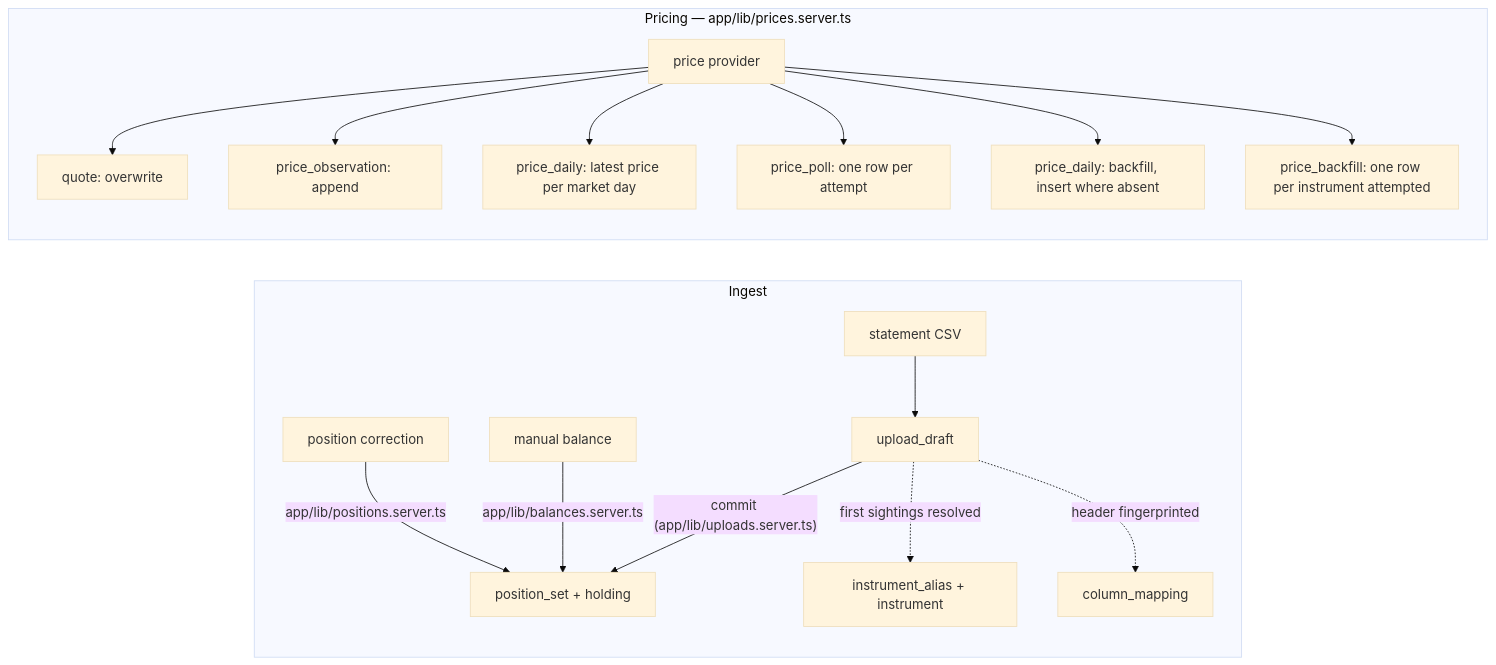
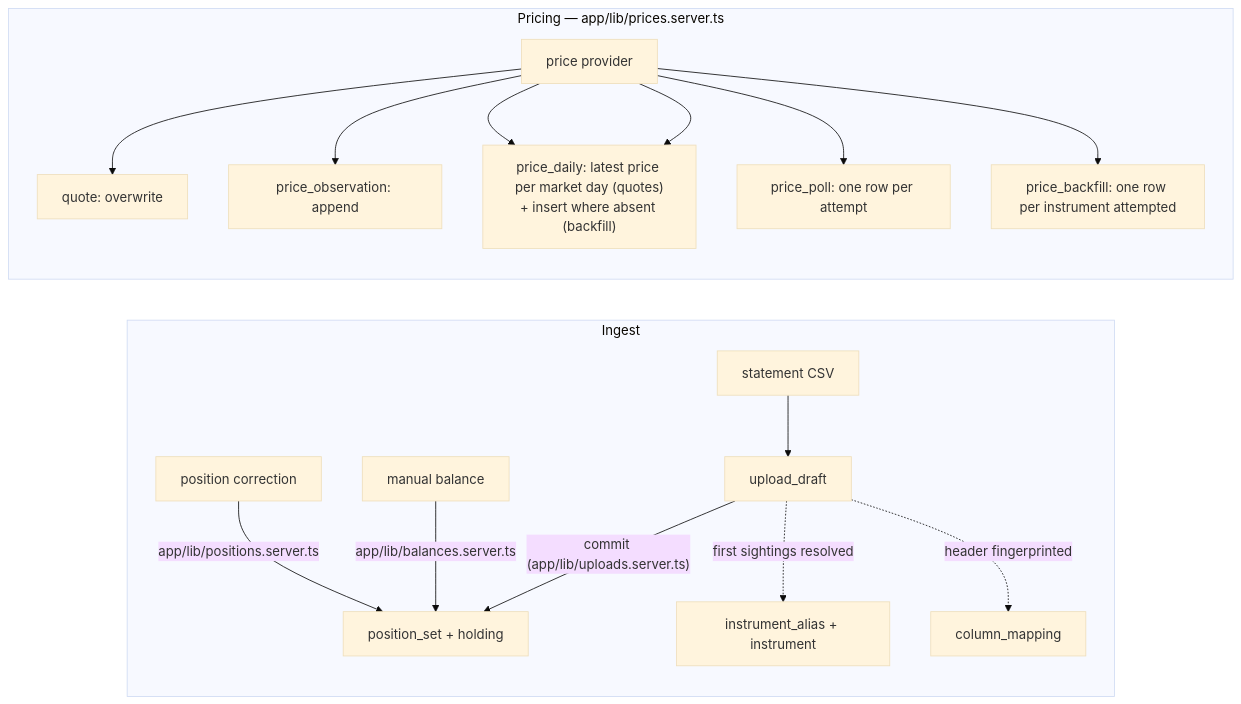
Before and after one commit to chethan123/portfolio: the second of 2 diagrams in docs/data-model.md, drawn with Mermaid (base theme). The commit also changed other lines of this file and 8 other files, not shown here.

````diff
--- a/docs/data-model.md
+++ b/docs/data-model.md
@@ -566,19 +566,19 @@
 ```mermaid
 flowchart LR
     subgraph ingest [Ingest]
         CSV[statement CSV] --> UD[upload_draft]
         UD -->|"commit (app/lib/uploads.server.ts)"| PS[position_set + holding]
         MB[manual balance] -->|app/lib/balances.server.ts| PS
         PC[position correction] -->|app/lib/positions.server.ts| PS
         UD -.->|first sightings resolved| IA[instrument_alias + instrument]
         UD -.->|header fingerprinted| CM[column_mapping]
     end
     subgraph pricing [Pricing — app/lib/prices.server.ts]
         P[price provider] --> Q[quote: overwrite]
         P --> PO[price_observation: append]
-        P --> PD[price_daily: latest price per market day]
+        P --> PD["price_daily: latest price per market day (quotes)<br/>+ insert where absent (backfill)"]
         P --> PL[price_poll: one row per attempt]
-        P --> BD[price_daily: backfill, insert where absent]
+        P --> PD
         P --> BF[price_backfill: one row per instrument attempted]
     end
 ```
````
